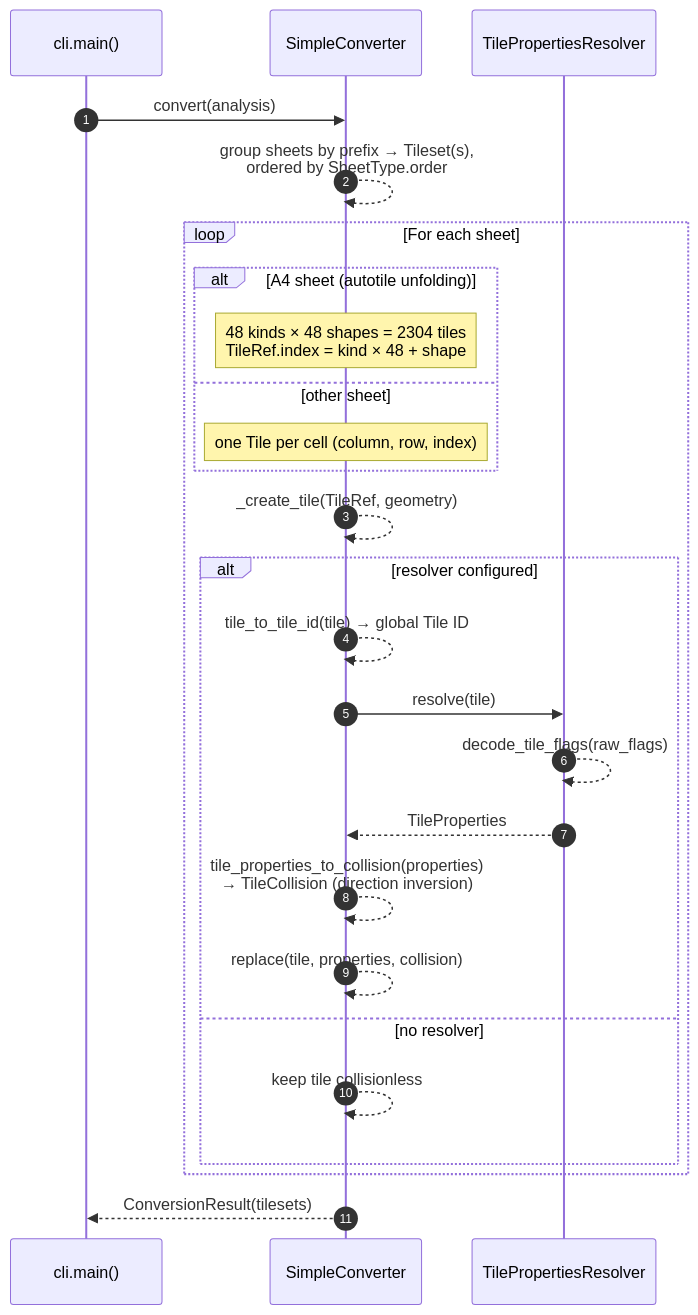
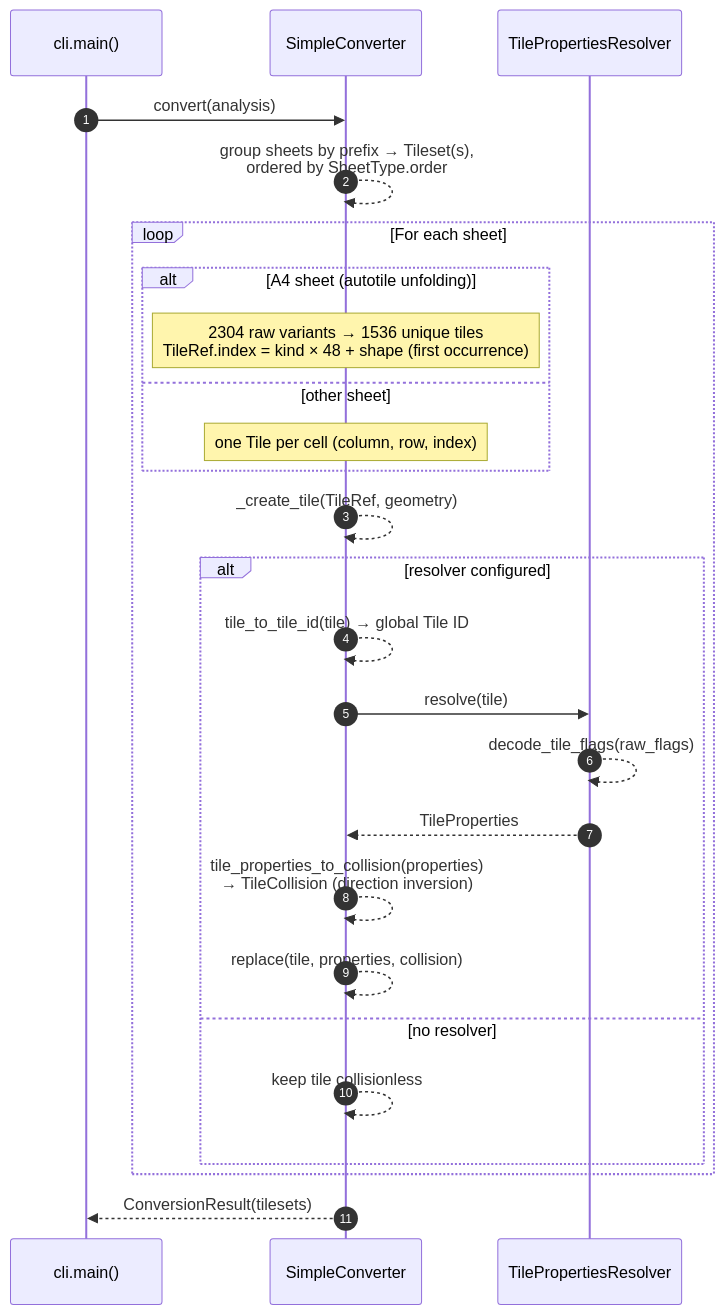
The third of 4 diagrams in README.md (ultra-sonic-28/rpgmaker2godot), drawn with Mermaid before and after one commit. The commit also changed other lines of this file and 8 other files, not shown here.

````diff
--- a/README.md
+++ b/README.md
@@ -261,29 +262,29 @@
 ```mermaid
 sequenceDiagram
     autonumber
     participant CLI as cli.main()
     participant C as SimpleConverter
     participant R as TilePropertiesResolver
 
     CLI->>C: convert(analysis)
     C-->>C: group sheets by prefix → Tileset(s),<br/>ordered by SheetType.order
     loop For each sheet
         alt A4 sheet (autotile unfolding)
-            Note over C: 48 kinds × 48 shapes = 2304 tiles<br/>TileRef.index = kind × 48 + shape
+            Note over C: 2304 raw variants → 1536 unique tiles<br/>TileRef.index = kind × 48 + shape (first occurrence)
         else other sheet
             Note over C: one Tile per cell (column, row, index)
         end
         C-->>C: _create_tile(TileRef, geometry)
         alt resolver configured
             C-->>C: tile_to_tile_id(tile) → global Tile ID
             C->>R: resolve(tile)
             R-->>R: decode_tile_flags(raw_flags)
             R-->>C: TileProperties
             C-->>C: tile_properties_to_collision(properties)<br/>→ TileCollision (direction inversion)
             C-->>C: replace(tile, properties, collision)
         else no resolver
             C-->>C: keep tile collisionless
         end
     end
     C-->>CLI: ConversionResult(tilesets)
 ```
````
